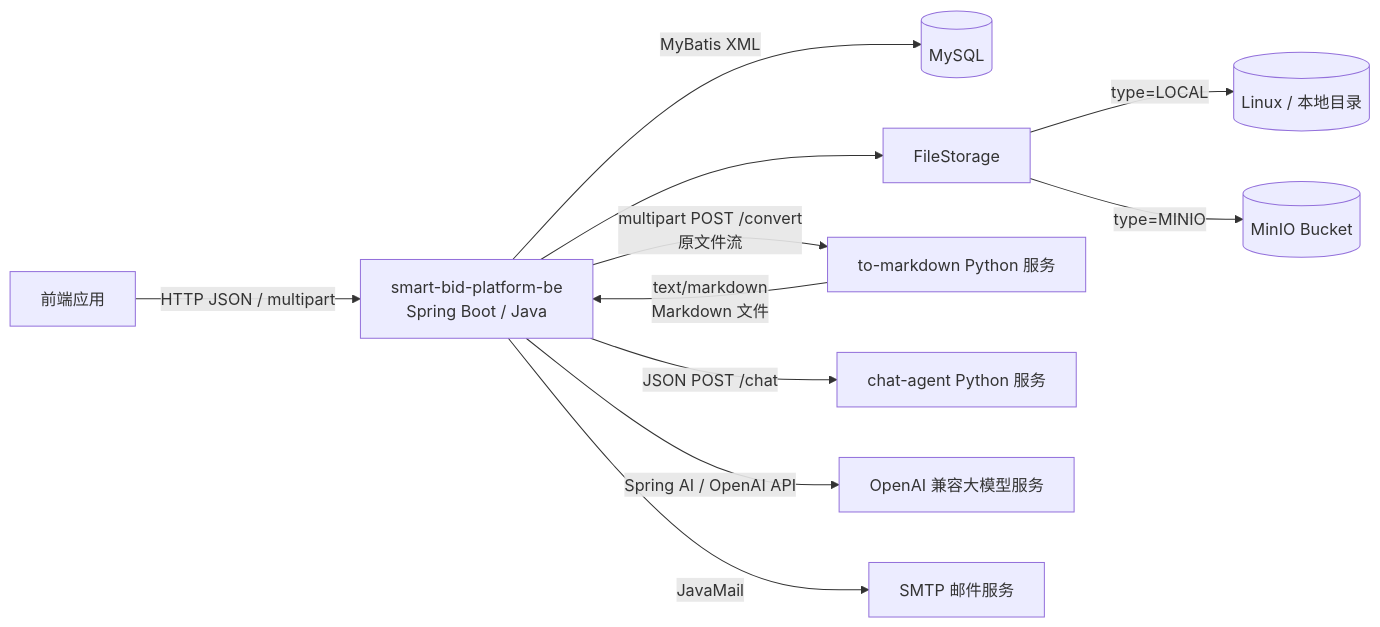
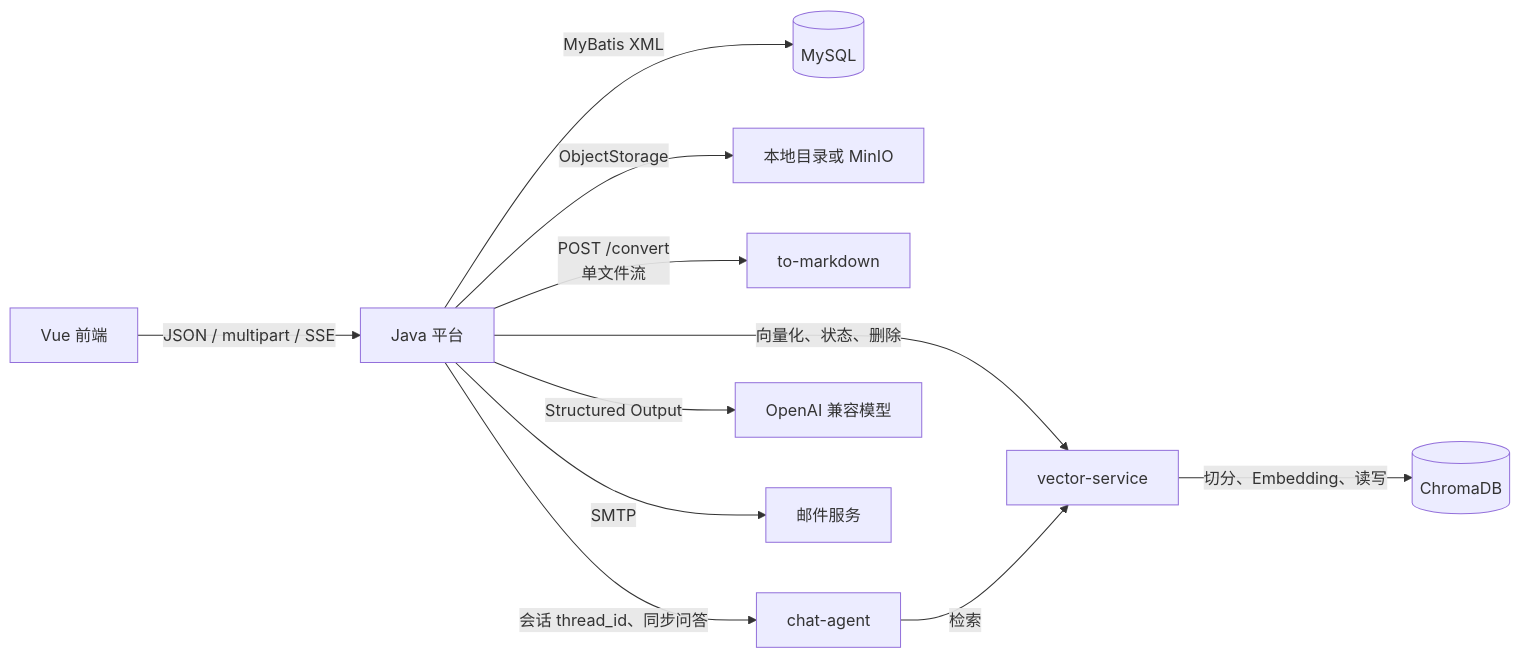
The diagram in docs/architecture.md (Jianshi-Lu/smart-bid-platform-be), drawn with Mermaid before and after one commit. The commit also changed other lines of this file and 146 other files, not shown here.

````diff
--- a/docs/architecture.md
+++ b/docs/architecture.md
@@ -20,24 +9,13 @@
 ```mermaid
 flowchart LR
-    FE["前端应用"]
-    JAVA["smart-bid-platform-be<br/>Spring Boot / Java"]
-    MYSQL[("MySQL")]
-    STORE["FileStorage"]
-    LOCAL[("Linux / 本地目录")]
-    MINIO[("MinIO Bucket")]
-    PY["to-markdown Python 服务"]
-    CHAT["chat-agent Python 服务"]
-    LLM["OpenAI 兼容大模型服务"]
-    SMTP["SMTP 邮件服务"]
-
-    FE -->|"HTTP JSON / multipart"| JAVA
-    JAVA -->|"MyBatis XML"| MYSQL
-    JAVA --> STORE
-    STORE -->|"type=LOCAL"| LOCAL
-    STORE -->|"type=MINIO"| MINIO
-    JAVA -->|"multipart POST /convert<br/>原文件流"| PY
-    PY -->|"text/markdown<br/>Markdown 文件"| JAVA
-    JAVA -->|"JSON POST /chat"| CHAT
-    JAVA -->|"Spring AI / OpenAI API"| LLM
-    JAVA -->|"JavaMail"| SMTP
+    FE["Vue 前端"] -->|"JSON / multipart / SSE"| JAVA["Java 平台"]
+    JAVA -->|"MyBatis XML"| DB[("MySQL")]
+    JAVA -->|"ObjectStorage"| STORE["本地目录或 MinIO"]
+    JAVA -->|"POST /convert\n单文件流"| TM["to-markdown"]
+    JAVA -->|"向量化、状态、删除"| VECTOR["vector-service"]
+    JAVA -->|"会话 thread_id、同步问答"| CHAT["chat-agent"]
+    CHAT -->|"检索"| VECTOR
+    VECTOR -->|"切分、Embedding、读写"| CHROMA[("ChromaDB")]
+    JAVA -->|"Structured Output"| LLM["OpenAI 兼容模型"]
+    JAVA -->|"SMTP"| MAIL["邮件服务"]
 ```
````
